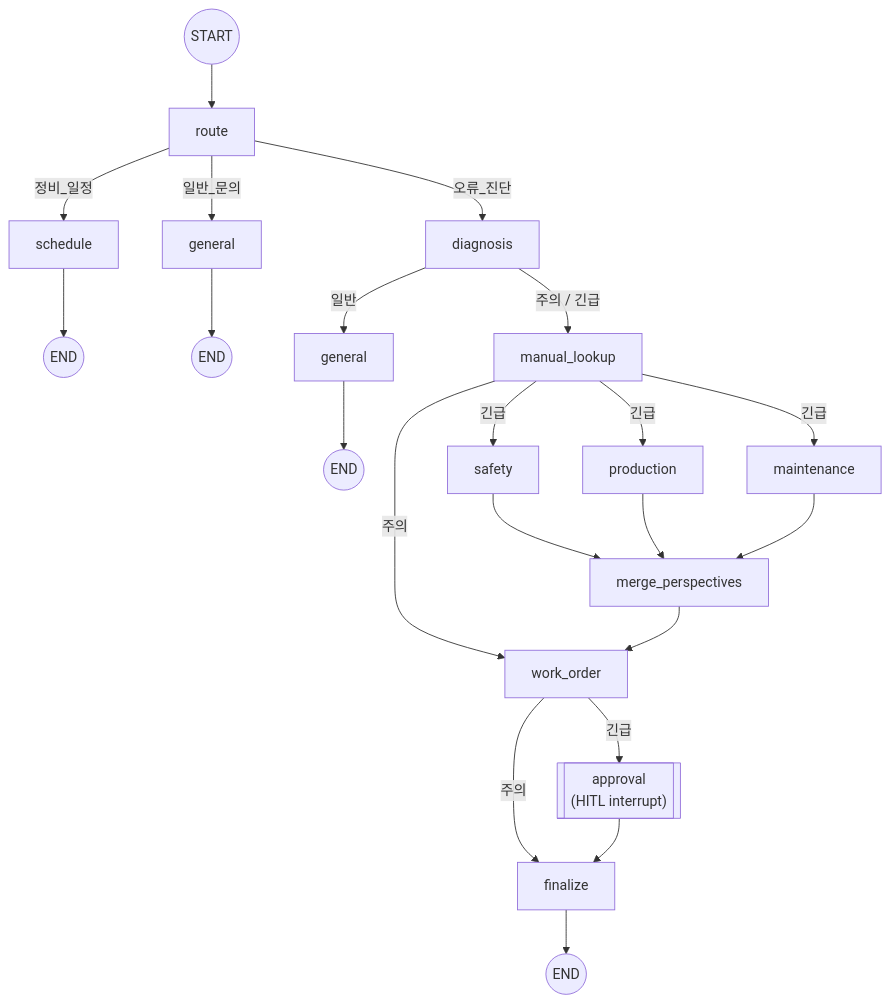
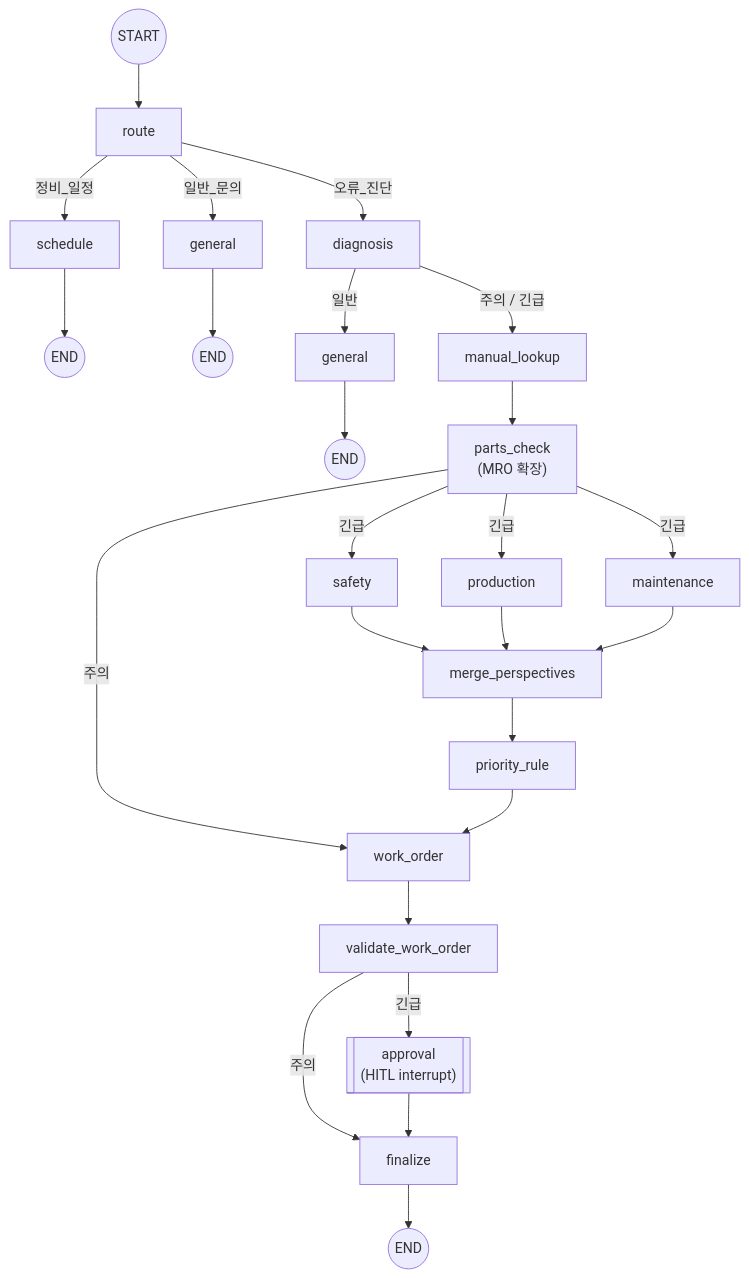
One commit to surplus96/uptime-copilot changed the second of 3 diagrams in docs/PORTFOLIO_KOR.md. Above: the diagram before and after it, drawn with Mermaid. The commit also changed other lines of this file and 5 other files, not shown here.

````diff
--- a/docs/PORTFOLIO_KOR.md
+++ b/docs/PORTFOLIO_KOR.md
@@ -89,21 +89,24 @@
 ```mermaid
 flowchart TD
     START(("START")) --> route["route"]
     route -- "오류_진단" --> diagnosis["diagnosis"]
     route -- "정비_일정" --> schedule["schedule"] --> ENDs(("END"))
     route -- "일반_문의" --> general["general"] --> ENDg(("END"))
     diagnosis -- "일반" --> general2["general"] --> ENDg2(("END"))
     diagnosis -- "주의 / 긴급" --> manual["manual_lookup"]
-    manual -- "주의" --> wo["work_order"]
-    manual -- "긴급" --> safety["safety"]
-    manual -- "긴급" --> production["production"]
-    manual -- "긴급" --> maintenance["maintenance"]
+    manual --> parts["parts_check<br/>(MRO 확장)"]
+    parts -- "주의" --> wo["work_order"]
+    parts -- "긴급" --> safety["safety"]
+    parts -- "긴급" --> production["production"]
+    parts -- "긴급" --> maintenance["maintenance"]
     safety --> merge["merge_perspectives"]
     production --> merge
     maintenance --> merge
-    merge --> wo
-    wo -- "긴급" --> approval[["approval\n(HITL interrupt)"]]
-    wo -- "주의" --> finalize["finalize"]
+    merge --> priority["priority_rule"]
+    priority --> wo
+    wo --> validate["validate_work_order"]
+    validate -- "긴급" --> approval[["approval\n(HITL interrupt)"]]
+    validate -- "주의" --> finalize["finalize"]
     approval --> finalize
     finalize --> ENDf(("END"))
 ```
````
